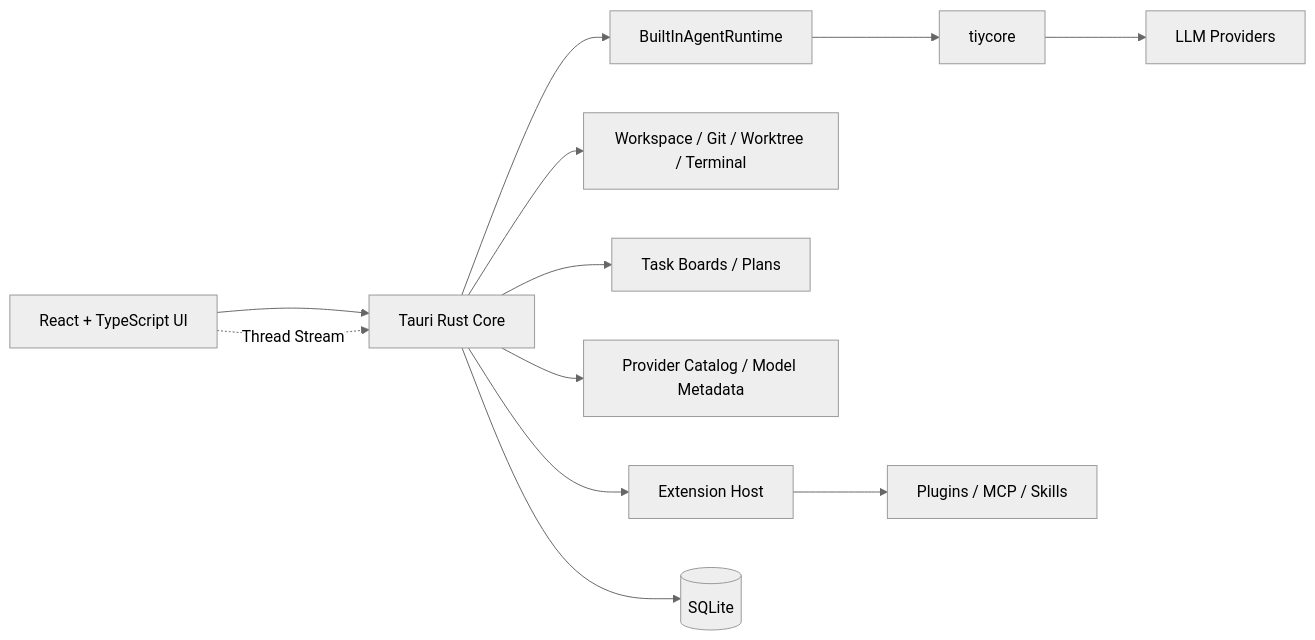
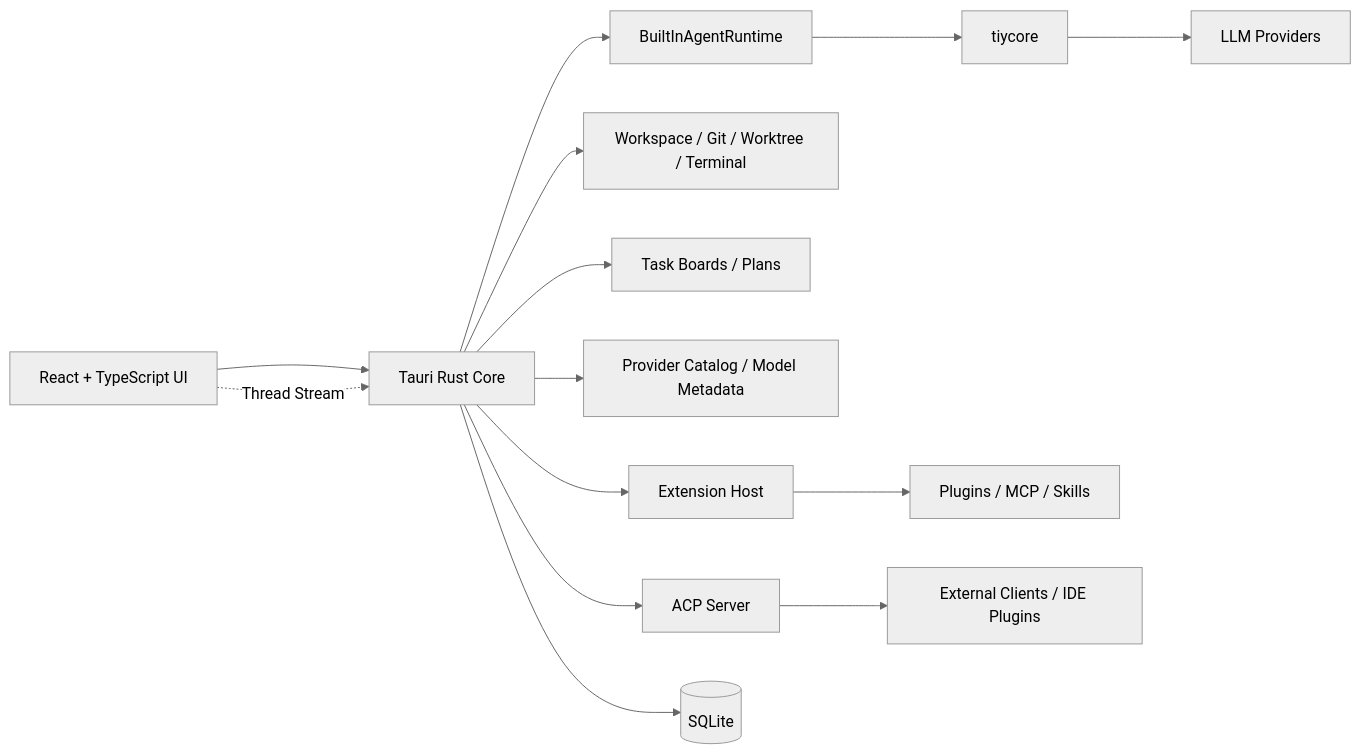
One commit to TiyAgents/tiycode changed the diagram in README.md. Above: the diagram before and after it, drawn with Mermaid (neutral theme). The commit also changed other lines of this file and 26 other files, not shown here.

First line of the commit message:
feat(acp): ✨ Add ACP server support (#214)

````diff
--- a/README.md
+++ b/README.md
@@ -233,14 +234,16 @@
 ```mermaid
 flowchart LR
   UI[React + TypeScript UI] --> TAURI[Tauri Rust Core]
   TAURI --> RUNTIME[BuiltInAgentRuntime]
   RUNTIME --> CORE[tiycore]
   TAURI --> TOOLS[Workspace / Git / Worktree / Terminal]
   TAURI --> TASKS[Task Boards / Plans]
   TAURI --> CATALOG[Provider Catalog / Model Metadata]
   TAURI --> EXT[Extension Host]
   EXT --> PLUGINS[Plugins / MCP / Skills]
+  TAURI --> ACP[ACP Server]
+  ACP --> CLIENT[External Clients / IDE Plugins]
   CORE --> LLM[LLM Providers]
   TAURI --> DB[(SQLite)]
   UI -.->|Thread Stream| TAURI
 ```
````
